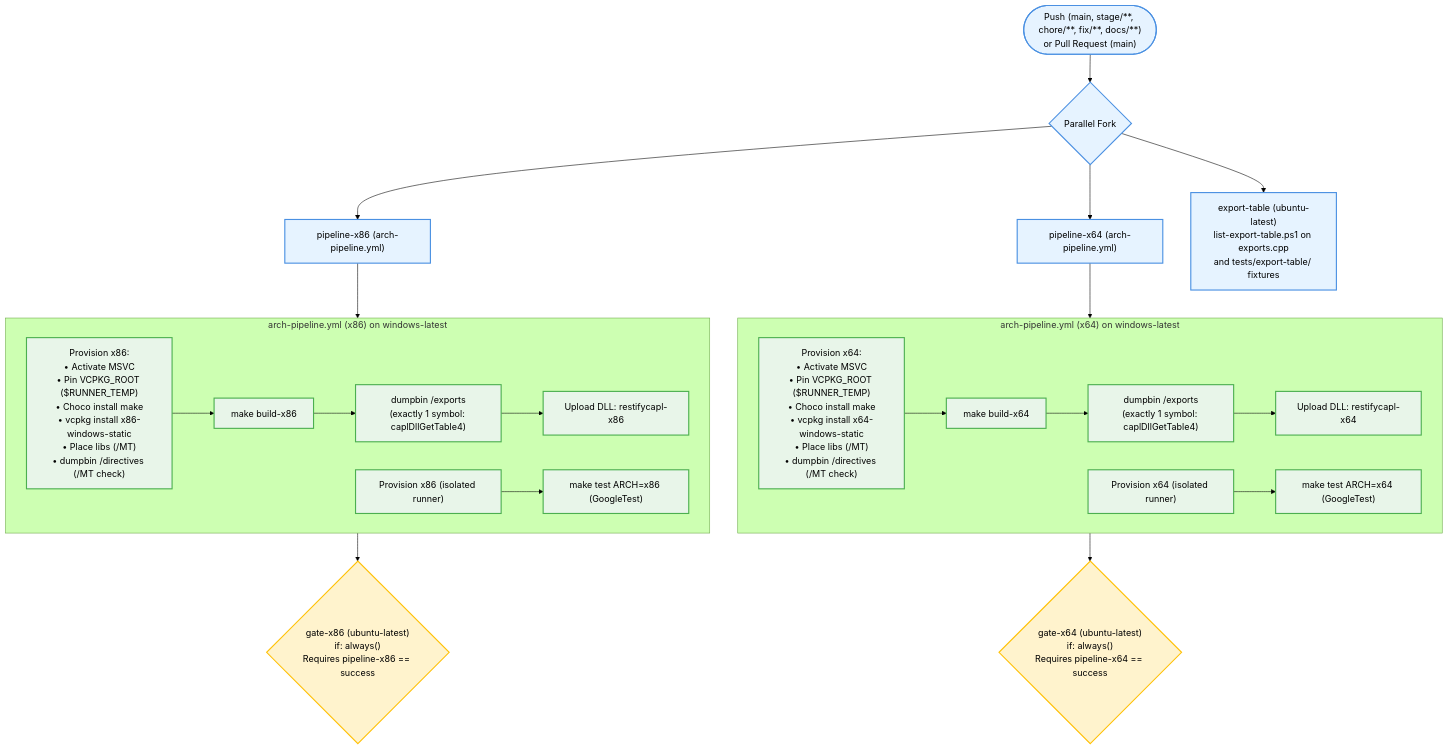
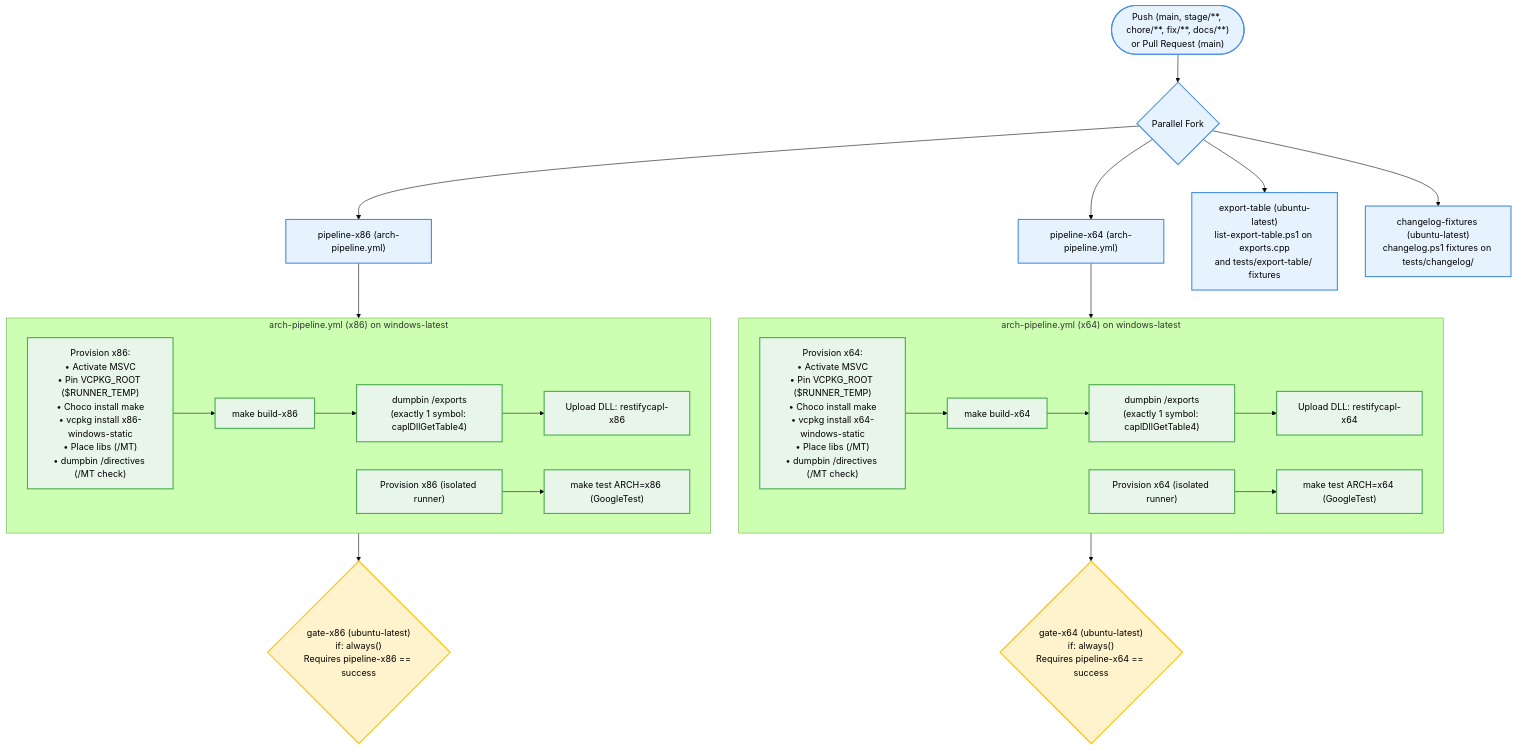
One commit to can-tools/restifycapl changed the third of 4 diagrams in docs/ci-flow.md. Above: the diagram before and after it, drawn with Mermaid (forest theme). The commit also changed other lines of this file and 70 other files, not shown here.

````diff
--- a/docs/ci-flow.md
+++ b/docs/ci-flow.md
@@ -115,51 +117,54 @@
 ```mermaid
 flowchart TD
     classDef bot fill:#e6f3ff,stroke:#4a90e2,stroke-width:2px;
     classDef gate fill:#fff3cd,stroke:#ffc107,stroke-width:2px;
     classDef win fill:#e8f5e9,stroke:#4caf50,stroke-width:2px;
 
     TRIGGER(["Push (main, stage/**, chore/**, fix/**, docs/**)<br/>or Pull Request (main)"]):::bot --> FORK{"Parallel Fork"}:::bot
 
     %% x86 leg
     FORK --> X86_CALL["pipeline-x86 (arch-pipeline.yml)"]:::bot
     subgraph ArchPipelineX86 ["arch-pipeline.yml (x86) on windows-latest"]
         X86_B_PROV["Provision x86:<br/>• Activate MSVC<br/>• Pin VCPKG_ROOT ($RUNNER_TEMP)<br/>• Choco install make<br/>• vcpkg install x86-windows-static<br/>• Place libs (/MT)<br/>• dumpbin /directives (/MT check)"]:::win
         X86_B_MAKE["make build-x86"]:::win
         X86_B_EXP["dumpbin /exports<br/>(exactly 1 symbol: caplDllGetTable4)"]:::win
         X86_B_UP["Upload DLL: restifycapl-x86"]:::win
         
         X86_T_PROV["Provision x86 (isolated runner)"]:::win
         X86_T_MAKE["make test ARCH=x86 (GoogleTest)"]:::win
         
         X86_B_PROV --> X86_B_MAKE
         X86_B_MAKE --> X86_B_EXP
         X86_B_EXP --> X86_B_UP
         X86_T_PROV --> X86_T_MAKE
     end
     X86_CALL --> ArchPipelineX86
 
     %% x64 leg
     FORK --> X64_CALL["pipeline-x64 (arch-pipeline.yml)"]:::bot
     subgraph ArchPipelineX64 ["arch-pipeline.yml (x64) on windows-latest"]
         X64_B_PROV["Provision x64:<br/>• Activate MSVC<br/>• Pin VCPKG_ROOT ($RUNNER_TEMP)<br/>• Choco install make<br/>• vcpkg install x64-windows-static<br/>• Place libs (/MT)<br/>• dumpbin /directives (/MT check)"]:::win
         X64_B_MAKE["make build-x64"]:::win
         X64_B_EXP["dumpbin /exports<br/>(exactly 1 symbol: caplDllGetTable4)"]:::win
         X64_B_UP["Upload DLL: restifycapl-x64"]:::win
         
         X64_T_PROV["Provision x64 (isolated runner)"]:::win
         X64_T_MAKE["make test ARCH=x64 (GoogleTest)"]:::win
         
         X64_B_PROV --> X64_B_MAKE
         X64_B_MAKE --> X64_B_EXP
         X64_B_EXP --> X64_B_UP
         X64_T_PROV --> X64_T_MAKE
     end
     X64_CALL --> ArchPipelineX64
 
     %% export-table check
     FORK --> EXP_JOB["export-table (ubuntu-latest)<br/>list-export-table.ps1 on exports.cpp<br/>and tests/export-table/ fixtures"]:::bot
 
+    %% changelog-fixtures check
+    FORK --> CLFIX_JOB["changelog-fixtures (ubuntu-latest)<br/>changelog.ps1 fixtures on tests/changelog/"]:::bot
+
     %% Gates
     ArchPipelineX86 --> GATE_X86{"gate-x86 (ubuntu-latest)<br/>if: always()<br/>Requires pipeline-x86 == success"}:::gate
     ArchPipelineX64 --> GATE_X64{"gate-x64 (ubuntu-latest)<br/>if: always()<br/>Requires pipeline-x64 == success"}:::gate
 ```
````
